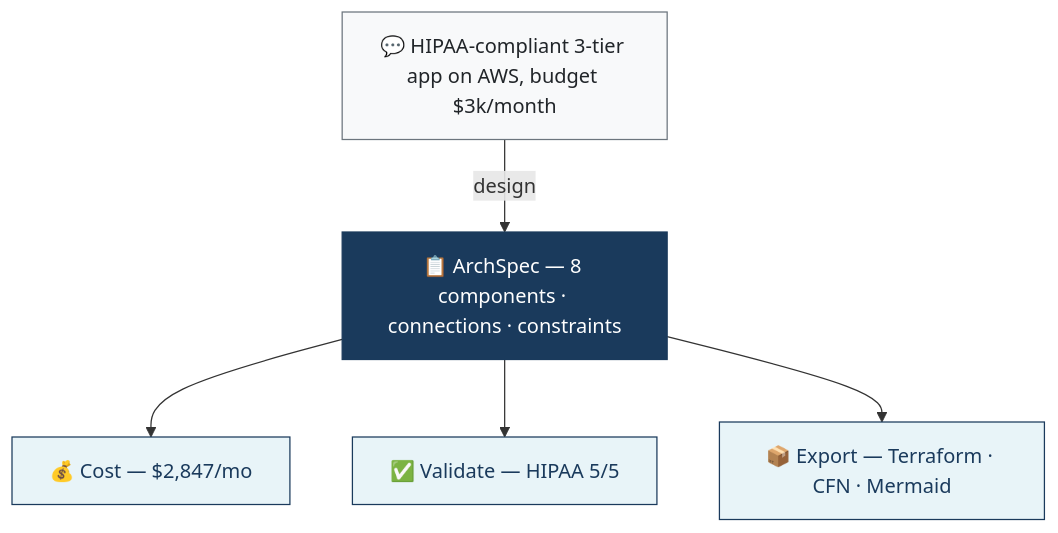
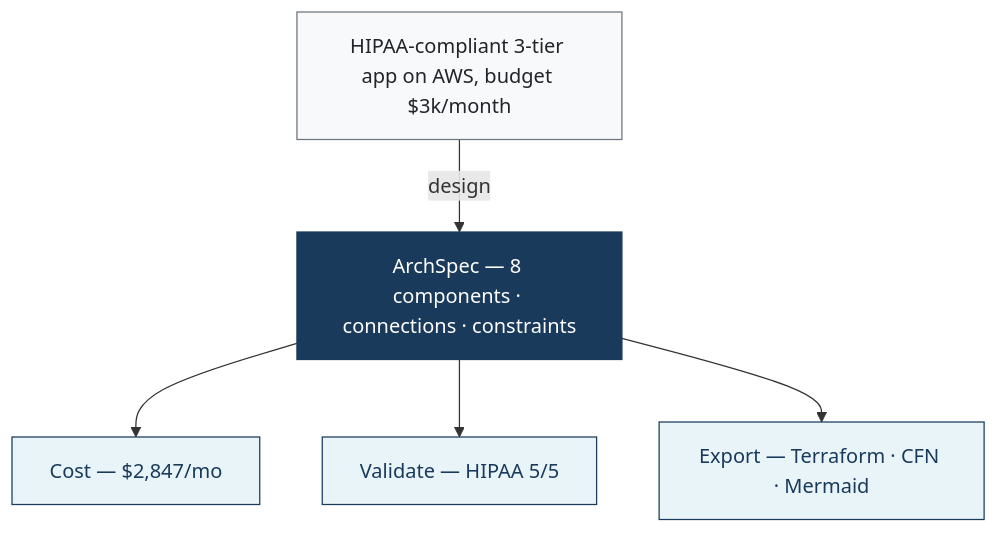
The first of 2 diagrams in README.md (xmpuspus/cloudwright), drawn with Mermaid before and after one commit.

Commit message:
Remove emojis from Mermaid diagram labels

````diff
--- a/README.md
+++ b/README.md
@@ -13,17 +13,17 @@
 ```mermaid
 flowchart TD
-    prompt["💬 HIPAA-compliant 3-tier app on AWS, budget $3k/month"]
-    spec["📋 ArchSpec — 8 components · connections · constraints"]
-    cost["💰 Cost — $2,847/mo"]
-    validate["✅ Validate — HIPAA 5/5"]
-    export["📦 Export — Terraform · CFN · Mermaid"]
+    prompt["HIPAA-compliant 3-tier app on AWS, budget $3k/month"]
+    spec["ArchSpec — 8 components · connections · constraints"]
+    cost["Cost — $2,847/mo"]
+    validate["Validate — HIPAA 5/5"]
+    export["Export — Terraform · CFN · Mermaid"]
 
     prompt -- design --> spec
     spec --> cost & validate & export
 
     style prompt fill:#f8f9fa,stroke:#6c757d,color:#212529
     style spec fill:#1a3a5c,stroke:#1a3a5c,color:#fff
     style cost fill:#e8f4f8,stroke:#1a3a5c,color:#1a3a5c
     style validate fill:#e8f4f8,stroke:#1a3a5c,color:#1a3a5c
     style export fill:#e8f4f8,stroke:#1a3a5c,color:#1a3a5c
 ```
````
